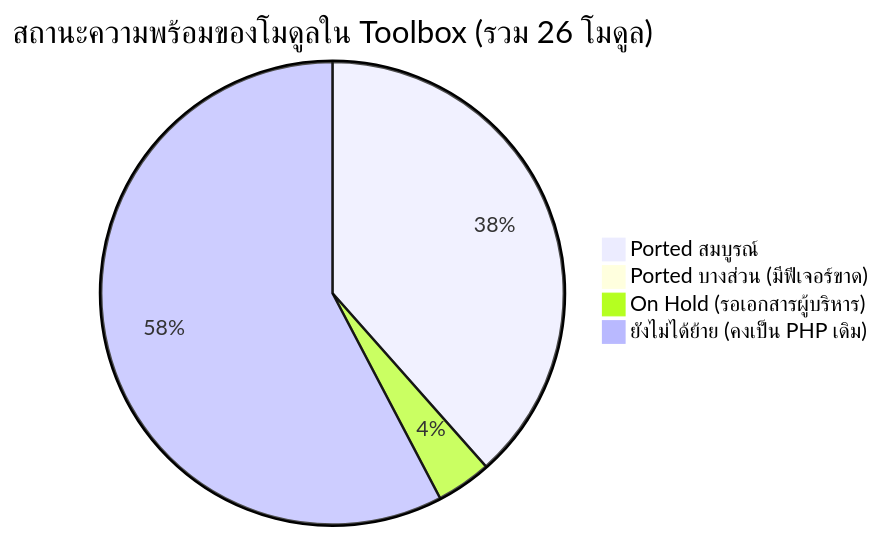
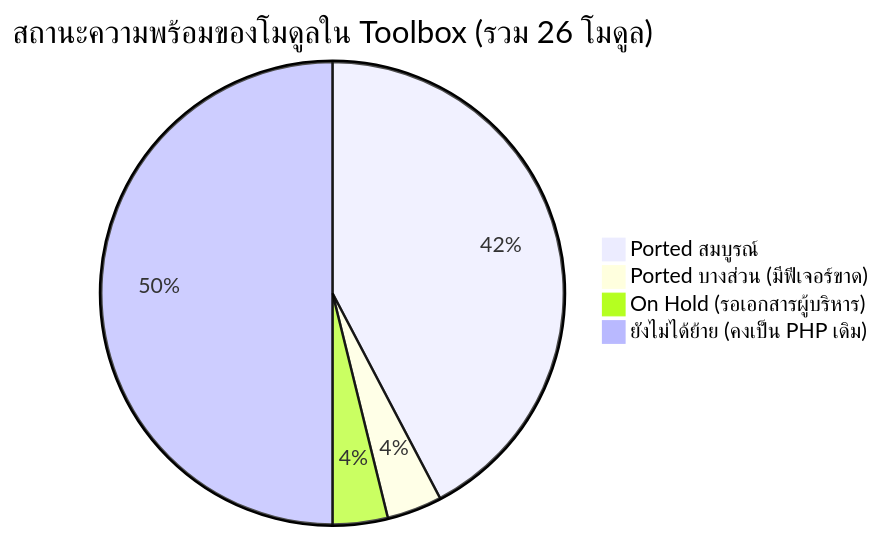
Before and after one commit to Scyst/MES: the first of 2 diagrams in MES/docs/blueprint/MES_LEGACY_VS_TOOLBOX_GAP_ANALYSIS.md, drawn with Mermaid. The commit also changed other lines of this file and 22 other files, not shown here.

````diff
--- a/MES/docs/blueprint/MES_LEGACY_VS_TOOLBOX_GAP_ANALYSIS.md
+++ b/MES/docs/blueprint/MES_LEGACY_VS_TOOLBOX_GAP_ANALYSIS.md
@@ -18,7 +18,7 @@
 ```mermaid
 pie title สถานะความพร้อมของโมดูลใน Toolbox (รวม 26 โมดูล)
-    "Ported สมบูรณ์" : 10
-    "Ported บางส่วน (มีฟีเจอร์ขาด)" : 0
+    "Ported สมบูรณ์" : 11
+    "Ported บางส่วน (มีฟีเจอร์ขาด)" : 1
     "On Hold (รอเอกสารผู้บริหาร)" : 1
-    "ยังไม่ได้ย้าย (คงเป็น PHP เดิม)" : 15
+    "ยังไม่ได้ย้าย (คงเป็น PHP เดิม)" : 13
 ```
````
